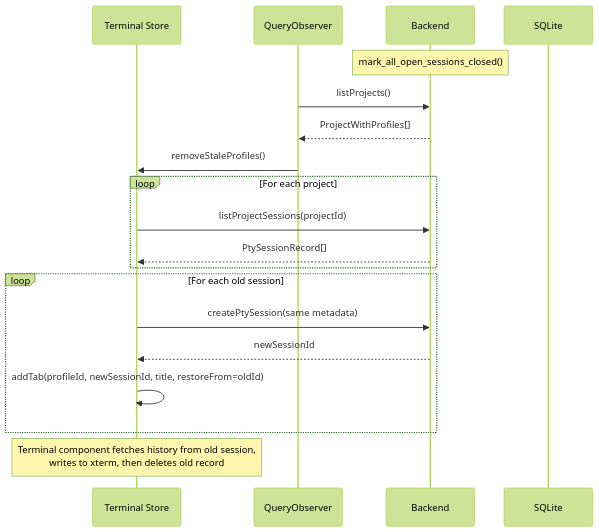
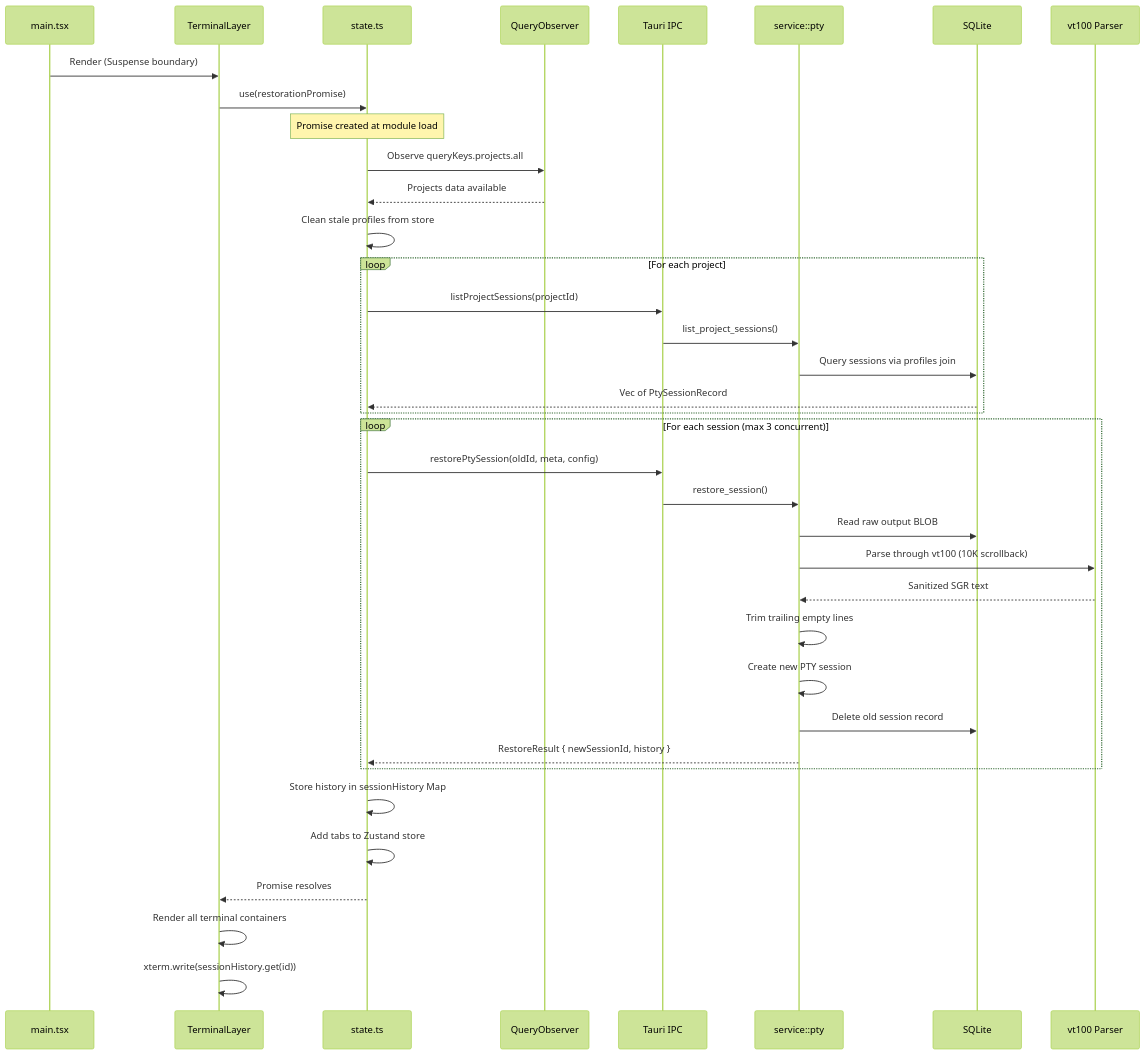
Before and after one commit to AkaraChen/2code: the second of 4 diagrams in docs/data-flow.md, drawn with Mermaid (forest theme). The commit also changed other lines of this file and 8 other files, not shown here.

First line of the commit message:
docs: update CLAUDE.md and regenerate architecture documentation

````diff
--- a/docs/data-flow.md
+++ b/docs/data-flow.md
@@ -89,25 +50,45 @@
 ```mermaid
 sequenceDiagram
-    participant Store as Terminal Store
-    participant QO as QueryObserver
-    participant BE as Backend
+    participant App as main.tsx
+    participant Layer as TerminalLayer
+    participant State as state.ts
+    participant Query as QueryObserver
+    participant IPC as Tauri IPC
+    participant Service as service::pty
     participant DB as SQLite
+    participant VT as vt100 Parser
 
-    Note over BE: mark_all_open_sessions_closed()
-    QO->>BE: listProjects()
-    BE-->>QO: ProjectWithProfiles[]
-    QO->>Store: removeStaleProfiles()
+    App->>Layer: Render (Suspense boundary)
+    Layer->>State: use(restorationPromise)
+    Note over State: Promise created at module load
+
+    State->>Query: Observe queryKeys.projects.all
+    Query-->>State: Projects data available
+
+    State->>State: Clean stale profiles from store
 
     loop For each project
-        Store->>BE: listProjectSessions(projectId)
-        BE-->>Store: PtySessionRecord[]
+        State->>IPC: listProjectSessions(projectId)
+        IPC->>Service: list_project_sessions()
+        Service->>DB: Query sessions via profiles join
+        DB-->>State: Vec of PtySessionRecord
     end
 
-    loop For each old session
-        Store->>BE: createPtySession(same metadata)
-        BE-->>Store: newSessionId
-        Store->>Store: addTab(profileId, newSessionId, title, restoreFrom=oldId)
+    loop For each session (max 3 concurrent)
+        State->>IPC: restorePtySession(oldId, meta, config)
+        IPC->>Service: restore_session()
+        Service->>DB: Read raw output BLOB
+        Service->>VT: Parse through vt100 (10K scrollback)
+        VT-->>Service: Sanitized SGR text
+        Service->>Service: Trim trailing empty lines
+        Service->>Service: Create new PTY session
+        Service->>DB: Delete old session record
+        Service-->>State: RestoreResult { newSessionId, history }
     end
 
-    Note over Store: Terminal component fetches history from old session,<br/>writes to xterm, then deletes old record
+    State->>State: Store history in sessionHistory Map
+    State->>State: Add tabs to Zustand store
+    State-->>Layer: Promise resolves
+    Layer->>Layer: Render all terminal containers
+    Layer->>Layer: xterm.write(sessionHistory.get(id))
 ```
````
